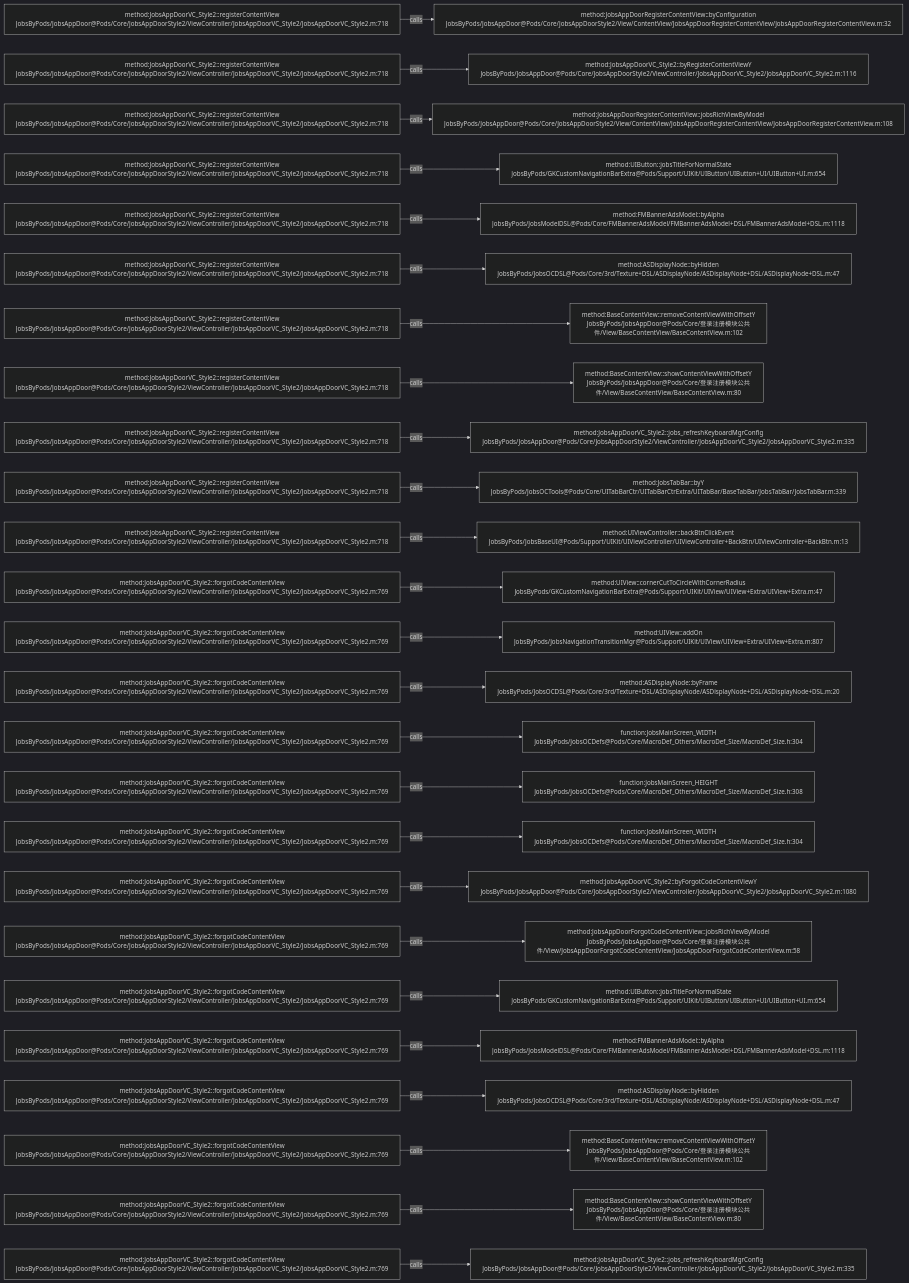
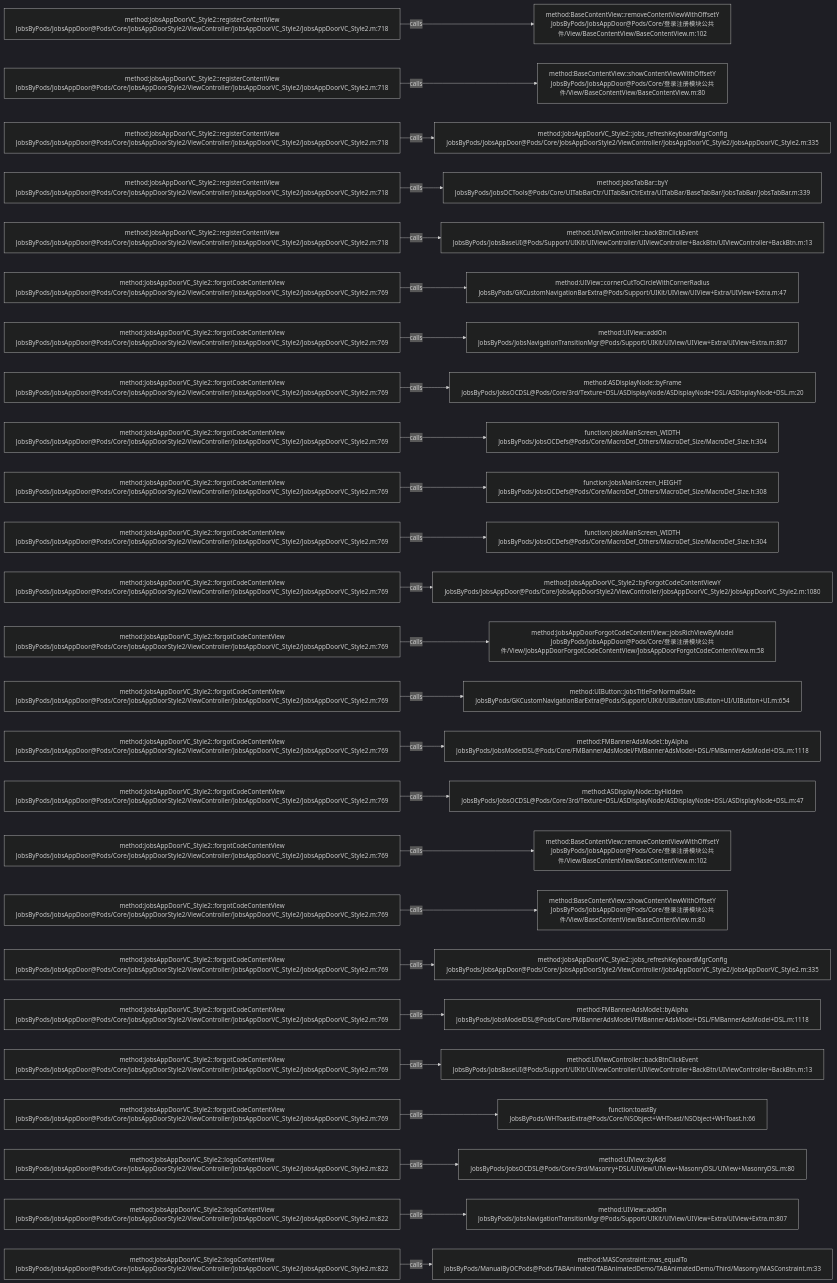
Before and after one commit to JobsKits/JobsOCBaseConfigDemo: the diagram in .codegraph/codegraph.md/graphs/calls-142.md, drawn with Mermaid (dark theme). The commit also changed 116 other files, not shown here.

````diff
--- a/.codegraph/codegraph.md/graphs/calls-142.md
+++ b/.codegraph/codegraph.md/graphs/calls-142.md
@@ -13,78 +13,78 @@
 ```mermaid
 flowchart LR
   S1["method:JobsAppDoorVC_Style2::registerContentView<br/>JobsByPods/JobsAppDoor@Pods/Core/JobsAppDoorStyle2/ViewController/JobsAppDoorVC_Style2/JobsAppDoorVC_Style2.m:718"]
-  T1["method:JobsAppDoorRegisterContentView::byConfiguration<br/>JobsByPods/JobsAppDoor@Pods/Core/JobsAppDoorStyle2/View/ContentView/JobsAppDoorRegisterContentView/JobsAppDoorRegisterContentView.m:32"]
+  T1["method:BaseContentView::removeContentViewWithOffsetY<br/>JobsByPods/JobsAppDoor@Pods/Core/登录注册模块公共件/View/BaseContentView/BaseContentView.m:102"]
   S1 -->|calls| T1
   S2["method:JobsAppDoorVC_Style2::registerContentView<br/>JobsByPods/JobsAppDoor@Pods/Core/JobsAppDoorStyle2/ViewController/JobsAppDoorVC_Style2/JobsAppDoorVC_Style2.m:718"]
-  T2["method:JobsAppDoorVC_Style2::byRegisterContentViewY<br/>JobsByPods/JobsAppDoor@Pods/Core/JobsAppDoorStyle2/ViewController/JobsAppDoorVC_Style2/JobsAppDoorVC_Style2.m:1116"]
+  T2["method:BaseContentView::showContentViewWithOffsetY<br/>JobsByPods/JobsAppDoor@Pods/Core/登录注册模块公共件/View/BaseContentView/BaseContentView.m:80"]
   S2 -->|calls| T2
   S3["method:JobsAppDoorVC_Style2::registerContentView<br/>JobsByPods/JobsAppDoor@Pods/Core/JobsAppDoorStyle2/ViewController/JobsAppDoorVC_Style2/JobsAppDoorVC_Style2.m:718"]
-  T3["method:JobsAppDoorRegisterContentView::jobsRichViewByModel<br/>JobsByPods/JobsAppDoor@Pods/Core/JobsAppDoorStyle2/View/ContentView/JobsAppDoorRegisterContentView/JobsAppDoorRegisterContentView.m:108"]
+  T3["method:JobsAppDoorVC_Style2::jobs_refreshKeyboardMgrConfig<br/>JobsByPods/JobsAppDoor@Pods/Core/JobsAppDoorStyle2/ViewController/JobsAppDoorVC_Style2/JobsAppDoorVC_Style2.m:335"]
   S3 -->|calls| T3
   S4["method:JobsAppDoorVC_Style2::registerContentView<br/>JobsByPods/JobsAppDoor@Pods/Core/JobsAppDoorStyle2/ViewController/JobsAppDoorVC_Style2/JobsAppDoorVC_Style2.m:718"]
-  T4["method:UIButton::jobsTitleForNormalState<br/>JobsByPods/GKCustomNavigationBarExtra@Pods/Support/UIKit/UIButton/UIButton+UI/UIButton+UI.m:654"]
+  T4["method:JobsTabBar::byY<br/>JobsByPods/JobsOCTools@Pods/Core/UITabBarCtr/UITabBarCtrExtra/UITabBar/BaseTabBar/JobsTabBar/JobsTabBar.m:339"]
   S4 -->|calls| T4
   S5["method:JobsAppDoorVC_Style2::registerContentView<br/>JobsByPods/JobsAppDoor@Pods/Core/JobsAppDoorStyle2/ViewController/JobsAppDoorVC_Style2/JobsAppDoorVC_Style2.m:718"]
-  T5["method:FMBannerAdsModel::byAlpha<br/>JobsByPods/JobsModelDSL@Pods/Core/FMBannerAdsModel/FMBannerAdsModel+DSL/FMBannerAdsModel+DSL.m:1118"]
+  T5["method:UIViewController::backBtnClickEvent<br/>JobsByPods/JobsBaseUI@Pods/Support/UIKit/UIViewController/UIViewController+BackBtn/UIViewController+BackBtn.m:13"]
   S5 -->|calls| T5
-  S6["method:JobsAppDoorVC_Style2::registerContentView<br/>JobsByPods/JobsAppDoor@Pods/Core/JobsAppDoorStyle2/ViewController/JobsAppDoorVC_Style2/JobsAppDoorVC_Style2.m:718"]
-  T6["method:ASDisplayNode::byHidden<br/>JobsByPods/JobsOCDSL@Pods/Core/3rd/Texture+DSL/ASDisplayNode/ASDisplayNode+DSL/ASDisplayNode+DSL.m:47"]
+  S6["method:JobsAppDoorVC_Style2::forgotCodeContentView<br/>JobsByPods/JobsAppDoor@Pods/Core/JobsAppDoorStyle2/ViewController/JobsAppDoorVC_Style2/JobsAppDoorVC_Style2.m:769"]
+  T6["method:UIView::cornerCutToCircleWithCornerRadius<br/>JobsByPods/GKCustomNavigationBarExtra@Pods/Support/UIKit/UIView/UIView+Extra/UIView+Extra.m:47"]
   S6 -->|calls| T6
-  S7["method:JobsAppDoorVC_Style2::registerContentView<br/>JobsByPods/JobsAppDoor@Pods/Core/JobsAppDoorStyle2/ViewController/JobsAppDoorVC_Style2/JobsAppDoorVC_Style2.m:718"]
-  T7["method:BaseContentView::removeContentViewWithOffsetY<br/>JobsByPods/JobsAppDoor@Pods/Core/登录注册模块公共件/View/BaseContentView/BaseContentView.m:102"]
+  S7["method:JobsAppDoorVC_Style2::forgotCodeContentView<br/>JobsByPods/JobsAppDoor@Pods/Core/JobsAppDoorStyle2/ViewController/JobsAppDoorVC_Style2/JobsAppDoorVC_Style2.m:769"]
+  T7["method:UIView::addOn<br/>JobsByPods/JobsNavigationTransitionMgr@Pods/Support/UIKit/UIView/UIView+Extra/UIView+Extra.m:807"]
   S7 -->|calls| T7
-  S8["method:JobsAppDoorVC_Style2::registerContentView<br/>JobsByPods/JobsAppDoor@Pods/Core/JobsAppDoorStyle2/ViewController/JobsAppDoorVC_Style2/JobsAppDoorVC_Style2.m:718"]
-  T8["method:BaseContentView::showContentViewWithOffsetY<br/>JobsByPods/JobsAppDoor@Pods/Core/登录注册模块公共件/View/BaseContentView/BaseContentView.m:80"]
+  S8["method:JobsAppDoorVC_Style2::forgotCodeContentView<br/>JobsByPods/JobsAppDoor@Pods/Core/JobsAppDoorStyle2/ViewController/JobsAppDoorVC_Style2/JobsAppDoorVC_Style2.m:769"]
+  T8["method:ASDisplayNode::byFrame<br/>JobsByPods/JobsOCDSL@Pods/Core/3rd/Texture+DSL/ASDisplayNode/ASDisplayNode+DSL/ASDisplayNode+DSL.m:20"]
   S8 -->|calls| T8
-  S9["method:JobsAppDoorVC_Style2::registerContentView<br/>JobsByPods/JobsAppDoor@Pods/Core/JobsAppDoorStyle2/ViewController/JobsAppDoorVC_Style2/JobsAppDoorVC_Style2.m:718"]
-  T9["method:JobsAppDoorVC_Style2::jobs_refreshKeyboardMgrConfig<br/>JobsByPods/JobsAppDoor@Pods/Core/JobsAppDoorStyle2/ViewController/JobsAppDoorVC_Style2/JobsAppDoorVC_Style2.m:335"]
+  S9["method:JobsAppDoorVC_Style2::forgotCodeContentView<br/>JobsByPods/JobsAppDoor@Pods/Core/JobsAppDoorStyle2/ViewController/JobsAppDoorVC_Style2/JobsAppDoorVC_Style2.m:769"]
+  T9["function:JobsMainScreen_WIDTH<br/>JobsByPods/JobsOCDefs@Pods/Core/MacroDef_Others/MacroDef_Size/MacroDef_Size.h:304"]
   S9 -->|calls| T9
-  S10["method:JobsAppDoorVC_Style2::registerContentView<br/>JobsByPods/JobsAppDoor@Pods/Core/JobsAppDoorStyle2/ViewController/JobsAppDoorVC_Style2/JobsAppDoorVC_Style2.m:718"]
-  T10["method:JobsTabBar::byY<br/>JobsByPods/JobsOCTools@Pods/Core/UITabBarCtr/UITabBarCtrExtra/UITabBar/BaseTabBar/JobsTabBar/JobsTabBar.m:339"]
+  S10["method:JobsAppDoorVC_Style2::forgotCodeContentView<br/>JobsByPods/JobsAppDoor@Pods/Core/JobsAppDoorStyle2/ViewController/JobsAppDoorVC_Style2/JobsAppDoorVC_Style2.m:769"]
+  T10["function:JobsMainScreen_HEIGHT<br/>JobsByPods/JobsOCDefs@Pods/Core/MacroDef_Others/MacroDef_Size/MacroDef_Size.h:308"]
   S10 -->|calls| T10
-  S11["method:JobsAppDoorVC_Style2::registerContentView<br/>JobsByPods/JobsAppDoor@Pods/Core/JobsAppDoorStyle2/ViewController/JobsAppDoorVC_Style2/JobsAppDoorVC_Style2.m:718"]
-  T11["method:UIViewController::backBtnClickEvent<br/>JobsByPods/JobsBaseUI@Pods/Support/UIKit/UIViewController/UIViewController+BackBtn/UIViewController+BackBtn.m:13"]
+  S11["method:JobsAppDoorVC_Style2::forgotCodeContentView<br/>JobsByPods/JobsAppDoor@Pods/Core/JobsAppDoorStyle2/ViewController/JobsAppDoorVC_Style2/JobsAppDoorVC_Style2.m:769"]
+  T11["function:JobsMainScreen_WIDTH<br/>JobsByPods/JobsOCDefs@Pods/Core/MacroDef_Others/MacroDef_Size/MacroDef_Size.h:304"]
   S11 -->|calls| T11
   S12["method:JobsAppDoorVC_Style2::forgotCodeContentView<br/>JobsByPods/JobsAppDoor@Pods/Core/JobsAppDoorStyle2/ViewController/JobsAppDoorVC_Style2/JobsAppDoorVC_Style2.m:769"]
-  T12["method:UIView::cornerCutToCircleWithCornerRadius<br/>JobsByPods/GKCustomNavigationBarExtra@Pods/Support/UIKit/UIView/UIView+Extra/UIView+Extra.m:47"]
+  T12["method:JobsAppDoorVC_Style2::byForgotCodeContentViewY<br/>JobsByPods/JobsAppDoor@Pods/Core/JobsAppDoorStyle2/ViewController/JobsAppDoorVC_Style2/JobsAppDoorVC_Style2.m:1080"]
   S12 -->|calls| T12
   S13["method:JobsAppDoorVC_Style2::forgotCodeContentView<br/>JobsByPods/JobsAppDoor@Pods/Core/JobsAppDoorStyle2/ViewController/JobsAppDoorVC_Style2/JobsAppDoorVC_Style2.m:769"]
-  T13["method:UIView::addOn<br/>JobsByPods/JobsNavigationTransitionMgr@Pods/Support/UIKit/UIView/UIView+Extra/UIView+Extra.m:807"]
+  T13["method:JobsAppDoorForgotCodeContentView::jobsRichViewByModel<br/>JobsByPods/JobsAppDoor@Pods/Core/登录注册模块公共件/View/JobsAppDoorForgotCodeContentView/JobsAppDoorForgotCodeContentView.m:58"]
   S13 -->|calls| T13
   S14["method:JobsAppDoorVC_Style2::forgotCodeContentView<br/>JobsByPods/JobsAppDoor@Pods/Core/JobsAppDoorStyle2/ViewController/JobsAppDoorVC_Style2/JobsAppDoorVC_Style2.m:769"]
-  T14["method:ASDisplayNode::byFrame<br/>JobsByPods/JobsOCDSL@Pods/Core/3rd/Texture+DSL/ASDisplayNode/ASDisplayNode+DSL/ASDisplayNode+DSL.m:20"]
+  T14["method:UIButton::jobsTitleForNormalState<br/>JobsByPods/GKCustomNavigationBarExtra@Pods/Support/UIKit/UIButton/UIButton+UI/UIButton+UI.m:654"]
   S14 -->|calls| T14
   S15["method:JobsAppDoorVC_Style2::forgotCodeContentView<br/>JobsByPods/JobsAppDoor@Pods/Core/JobsAppDoorStyle2/ViewController/JobsAppDoorVC_Style2/JobsAppDoorVC_Style2.m:769"]
-  T15["function:JobsMainScreen_WIDTH<br/>JobsByPods/JobsOCDefs@Pods/Core/MacroDef_Others/MacroDef_Size/MacroDef_Size.h:304"]
+  T15["method:FMBannerAdsModel::byAlpha<br/>JobsByPods/JobsModelDSL@Pods/Core/FMBannerAdsModel/FMBannerAdsModel+DSL/FMBannerAdsModel+DSL.m:1118"]
   S15 -->|calls| T15
   S16["method:JobsAppDoorVC_Style2::forgotCodeContentView<br/>JobsByPods/JobsAppDoor@Pods/Core/JobsAppDoorStyle2/ViewController/JobsAppDoorVC_Style2/JobsAppDoorVC_Style2.m:769"]
-  T16["function:JobsMainScreen_HEIGHT<br/>JobsByPods/JobsOCDefs@Pods/Core/MacroDef_Others/MacroDef_Size/MacroDef_Size.h:308"]
+  T16["method:ASDisplayNode::byHidden<br/>JobsByPods/JobsOCDSL@Pods/Core/3rd/Texture+DSL/ASDisplayNode/ASDisplayNode+DSL/ASDisplayNode+DSL.m:47"]
   S16 -->|calls| T16
   S17["method:JobsAppDoorVC_Style2::forgotCodeContentView<br/>JobsByPods/JobsAppDoor@Pods/Core/JobsAppDoorStyle2/ViewController/JobsAppDoorVC_Style2/JobsAppDoorVC_Style2.m:769"]
-  T17["function:JobsMainScreen_WIDTH<br/>JobsByPods/JobsOCDefs@Pods/Core/MacroDef_Others/MacroDef_Size/MacroDef_Size.h:304"]
+  T17["method:BaseContentView::removeContentViewWithOffsetY<br/>JobsByPods/JobsAppDoor@Pods/Core/登录注册模块公共件/View/BaseContentView/BaseContentView.m:102"]
   S17 -->|calls| T17
   S18["method:JobsAppDoorVC_Style2::forgotCodeContentView<br/>JobsByPods/JobsAppDoor@Pods/Core/JobsAppDoorStyle2/ViewController/JobsAppDoorVC_Style2/JobsAppDoorVC_Style2.m:769"]
-  T18["method:JobsAppDoorVC_Style2::byForgotCodeContentViewY<br/>JobsByPods/JobsAppDoor@Pods/Core/JobsAppDoorStyle2/ViewController/JobsAppDoorVC_Style2/JobsAppDoorVC_Style2.m:1080"]
+  T18["method:BaseContentView::showContentViewWithOffsetY<br/>JobsByPods/JobsAppDoor@Pods/Core/登录注册模块公共件/View/BaseContentView/BaseContentView.m:80"]
   S18 -->|calls| T18
   S19["method:JobsAppDoorVC_Style2::forgotCodeContentView<br/>JobsByPods/JobsAppDoor@Pods/Core/JobsAppDoorStyle2/ViewController/JobsAppDoorVC_Style2/JobsAppDoorVC_Style2.m:769"]
-  T19["method:JobsAppDoorForgotCodeContentView::jobsRichViewByModel<br/>JobsByPods/JobsAppDoor@Pods/Core/登录注册模块公共件/View/JobsAppDoorForgotCodeContentView/JobsAppDoorForgotCodeContentView.m:58"]
+  T19["method:JobsAppDoorVC_Style2::jobs_refreshKeyboardMgrConfig<br/>JobsByPods/JobsAppDoor@Pods/Core/JobsAppDoorStyle2/ViewController/JobsAppDoorVC_Style2/JobsAppDoorVC_Style2.m:335"]
   S19 -->|calls| T19
   S20["method:JobsAppDoorVC_Style2::forgotCodeContentView<br/>JobsByPods/JobsAppDoor@Pods/Core/JobsAppDoorStyle2/ViewController/JobsAppDoorVC_Style2/JobsAppDoorVC_Style2.m:769"]
-  T20["method:UIButton::jobsTitleForNormalState<br/>JobsByPods/GKCustomNavigationBarExtra@Pods/Support/UIKit/UIButton/UIButton+UI/UIButton+UI.m:654"]
+  T20["method:FMBannerAdsModel::byAlpha<br/>JobsByPods/JobsModelDSL@Pods/Core/FMBannerAdsModel/FMBannerAdsModel+DSL/FMBannerAdsModel+DSL.m:1118"]
   S20 -->|calls| T20
   S21["method:JobsAppDoorVC_Style2::forgotCodeContentView<br/>JobsByPods/JobsAppDoor@Pods/Core/JobsAppDoorStyle2/ViewController/JobsAppDoorVC_Style2/JobsAppDoorVC_Style2.m:769"]
-  T21["method:FMBannerAdsModel::byAlpha<br/>JobsByPods/JobsModelDSL@Pods/Core/FMBannerAdsModel/FMBannerAdsModel+DSL/FMBannerAdsModel+DSL.m:1118"]
+  T21["method:UIViewController::backBtnClickEvent<br/>JobsByPods/JobsBaseUI@Pods/Support/UIKit/UIViewController/UIViewController+BackBtn/UIViewController+BackBtn.m:13"]
   S21 -->|calls| T21
   S22["method:JobsAppDoorVC_Style2::forgotCodeContentView<br/>JobsByPods/JobsAppDoor@Pods/Core/JobsAppDoorStyle2/ViewController/JobsAppDoorVC_Style2/JobsAppDoorVC_Style2.m:769"]
-  T22["method:ASDisplayNode::byHidden<br/>JobsByPods/JobsOCDSL@Pods/Core/3rd/Texture+DSL/ASDisplayNode/ASDisplayNode+DSL/ASDisplayNode+DSL.m:47"]
+  T22["function:toastBy<br/>JobsByPods/WHToastExtra@Pods/Core/NSObject+WHToast/NSObject+WHToast.h:66"]
   S22 -->|calls| T22
-  S23["method:JobsAppDoorVC_Style2::forgotCodeContentView<br/>JobsByPods/JobsAppDoor@Pods/Core/JobsAppDoorStyle2/ViewController/JobsAppDoorVC_Style2/JobsAppDoorVC_Style2.m:769"]
-  T23["method:BaseContentView::removeContentViewWithOffsetY<br/>JobsByPods/JobsAppDoor@Pods/Core/登录注册模块公共件/View/BaseContentView/BaseContentView.m:102"]
+  S23["method:JobsAppDoorVC_Style2::logoContentView<br/>JobsByPods/JobsAppDoor@Pods/Core/JobsAppDoorStyle2/ViewController/JobsAppDoorVC_Style2/JobsAppDoorVC_Style2.m:822"]
+  T23["method:UIView::byAdd<br/>JobsByPods/JobsOCDSL@Pods/Core/3rd/Masonry+DSL/UIView/UIView+MasonryDSL/UIView+MasonryDSL.m:80"]
   S23 -->|calls| T23
-  S24["method:JobsAppDoorVC_Style2::forgotCodeContentView<br/>JobsByPods/JobsAppDoor@Pods/Core/JobsAppDoorStyle2/ViewController/JobsAppDoorVC_Style2/JobsAppDoorVC_Style2.m:769"]
-  T24["method:BaseContentView::showContentViewWithOffsetY<br/>JobsByPods/JobsAppDoor@Pods/Core/登录注册模块公共件/View/BaseContentView/BaseContentView.m:80"]
+  S24["method:JobsAppDoorVC_Style2::logoContentView<br/>JobsByPods/JobsAppDoor@Pods/Core/JobsAppDoorStyle2/ViewController/JobsAppDoorVC_Style2/JobsAppDoorVC_Style2.m:822"]
+  T24["method:UIView::addOn<br/>JobsByPods/JobsNavigationTransitionMgr@Pods/Support/UIKit/UIView/UIView+Extra/UIView+Extra.m:807"]
   S24 -->|calls| T24
-  S25["method:JobsAppDoorVC_Style2::forgotCodeContentView<br/>JobsByPods/JobsAppDoor@Pods/Core/JobsAppDoorStyle2/ViewController/JobsAppDoorVC_Style2/JobsAppDoorVC_Style2.m:769"]
-  T25["method:JobsAppDoorVC_Style2::jobs_refreshKeyboardMgrConfig<br/>JobsByPods/JobsAppDoor@Pods/Core/JobsAppDoorStyle2/ViewController/JobsAppDoorVC_Style2/JobsAppDoorVC_Style2.m:335"]
+  S25["method:JobsAppDoorVC_Style2::logoContentView<br/>JobsByPods/JobsAppDoor@Pods/Core/JobsAppDoorStyle2/ViewController/JobsAppDoorVC_Style2/JobsAppDoorVC_Style2.m:822"]
+  T25["method:MASConstraint::mas_equalTo<br/>JobsByPods/ManualByOCPods@Pods/TABAnimated/TABAnimatedDemo/TABAnimatedDemo/Third/Masonry/MASConstraint.m:33"]
   S25 -->|calls| T25
 ```
````
